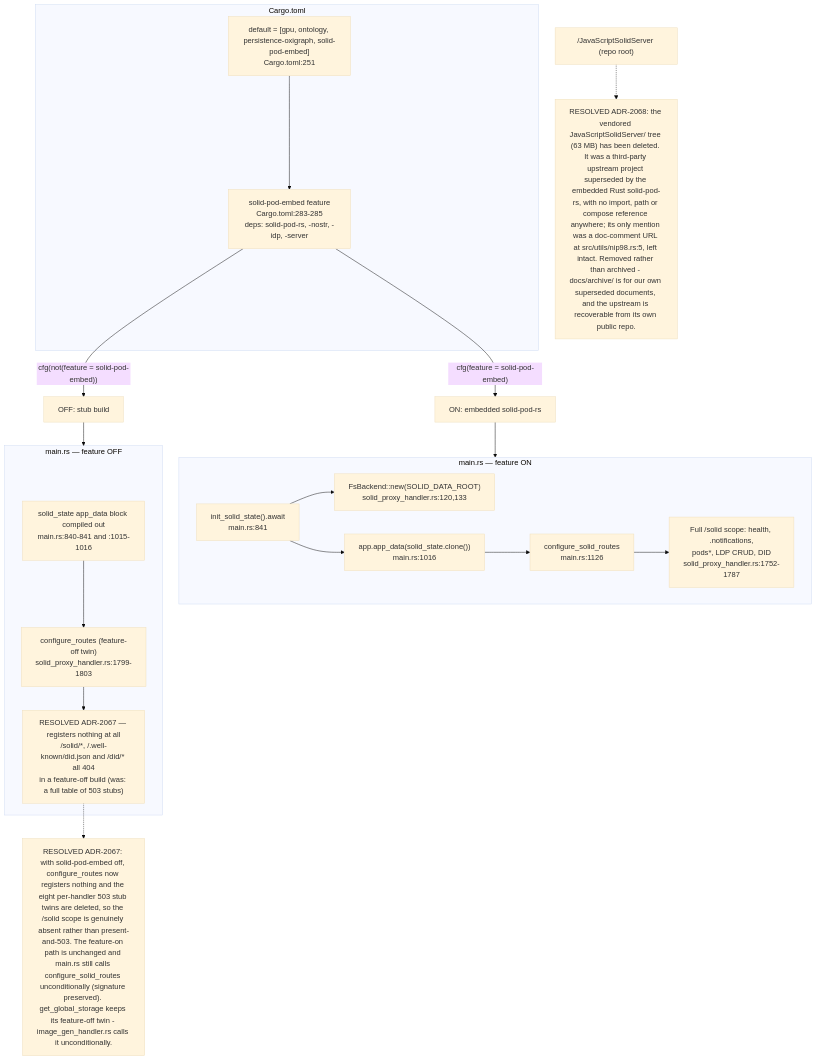
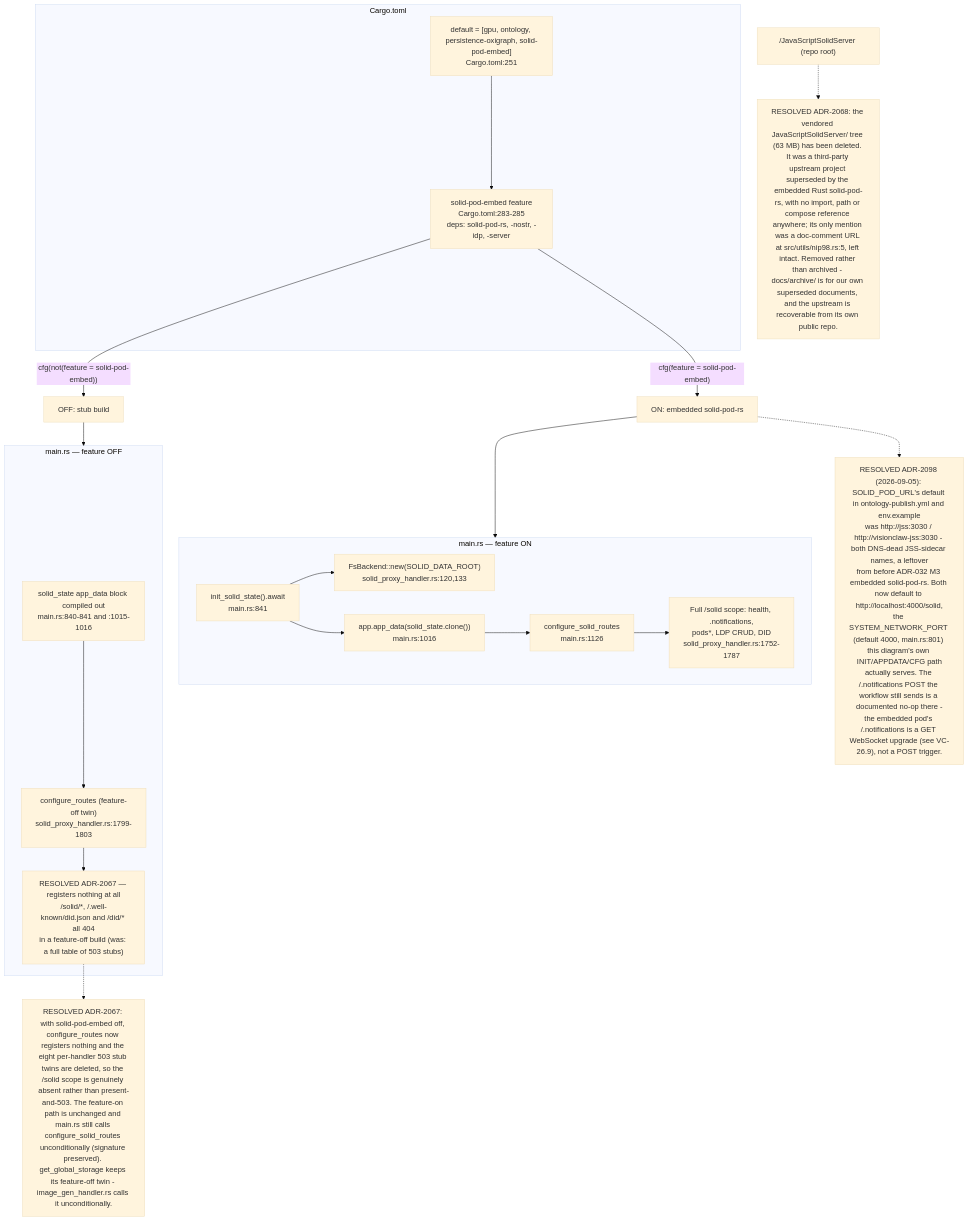
One commit to DreamLab-AI/VisionFlow changed the first of 14 diagrams in docs/diagrams/visionclaw/26-solid-pod-and-jss.md. Above: the diagram before and after it, drawn with Mermaid (base theme). The commit also changed other lines of this file and 185 other files, not shown here.

Commit message:
docs(estate): reconcile diagrams and ADRs with source and define closeout sprint

````diff
--- a/docs/diagrams/visionclaw/26-solid-pod-and-jss.md
+++ b/docs/diagrams/visionclaw/26-solid-pod-and-jss.md
@@ -38,37 +39,40 @@
 ```mermaid
 flowchart TB
     subgraph cargo["Cargo.toml"]
         DEFAULT["default = [gpu, ontology, persistence-oxigraph, solid-pod-embed]<br/>Cargo.toml:251"]
         FEAT["solid-pod-embed feature<br/>Cargo.toml:283-285<br/>deps: solid-pod-rs, -nostr, -idp, -server"]
     end
     DEFAULT --> FEAT
     FEAT -->|"cfg(feature = solid-pod-embed)"| ON["ON: embedded solid-pod-rs"]
     FEAT -->|"cfg(not(feature = solid-pod-embed))"| OFF["OFF: stub build"]
 
     subgraph onpath["main.rs — feature ON"]
         INIT["init_solid_state().await<br/>main.rs:841"]
         APPDATA["app.app_data(solid_state.clone())<br/>main.rs:1016"]
         CFG["configure_solid_routes<br/>main.rs:1126"]
         FS["FsBackend::new(SOLID_DATA_ROOT)<br/>solid_proxy_handler.rs:120,133"]
         ROUTES["Full /solid scope: health, .notifications,<br/>pods*, LDP CRUD, DID<br/>solid_proxy_handler.rs:1752-1787"]
         INIT --> FS
         INIT --> APPDATA --> CFG --> ROUTES
     end
 
     subgraph offpath["main.rs — feature OFF"]
         NOINIT["solid_state app_data block compiled out<br/>main.rs:840-841 and :1015-1016"]
         STUBCFG["configure_routes (feature-off twin)<br/>solid_proxy_handler.rs:1799-1803"]
         STUBROUTES["RESOLVED ADR-2067 — registers nothing at all<br/>/solid/*, /.well-known/did.json and /did/* all 404<br/>in a feature-off build (was: a full table of 503 stubs)"]
         NOINIT --> STUBCFG --> STUBROUTES
     end
 
     ON --> onpath
     OFF --> offpath
 
     Note1["RESOLVED ADR-2067: with solid-pod-embed off, configure_routes now registers nothing and the eight per-handler 503 stub twins are deleted, so the /solid scope is genuinely absent rather than present-and-503. The feature-on path is unchanged and main.rs still calls configure_solid_routes unconditionally (signature preserved). get_global_storage keeps its feature-off twin - image_gen_handler.rs calls it unconditionally."]
     STUBROUTES -.-> Note1
 
     Legacy["/JavaScriptSolidServer (repo root)"]
     Note2["RESOLVED ADR-2068: the vendored JavaScriptSolidServer/ tree (63 MB) has been deleted. It was a third-party upstream project superseded by the embedded Rust solid-pod-rs, with no import, path or compose reference anywhere; its only mention was a doc-comment URL at src/utils/nip98.rs:5, left intact. Removed rather than archived - docs/archive/ is for our own superseded documents, and the upstream is recoverable from its own public repo."]
     Legacy -.-> Note2
+
+    Note3["RESOLVED ADR-2098 (2026-09-05): SOLID_POD_URL's default in ontology-publish.yml and env.example<br/>was http://jss:3030 / http://visionclaw-jss:3030 - both DNS-dead JSS-sidecar names, a leftover<br/>from before ADR-032 M3 embedded solid-pod-rs. Both now default to http://localhost:4000/solid,<br/>the SYSTEM_NETWORK_PORT (default 4000, main.rs:801) this diagram's own INIT/APPDATA/CFG path<br/>actually serves. The /.notifications POST the workflow still sends is a documented no-op there -<br/>the embedded pod's /.notifications is a GET WebSocket upgrade (see VC-26.9), not a POST trigger."]
+    ON -.-> Note3
 ```
````
